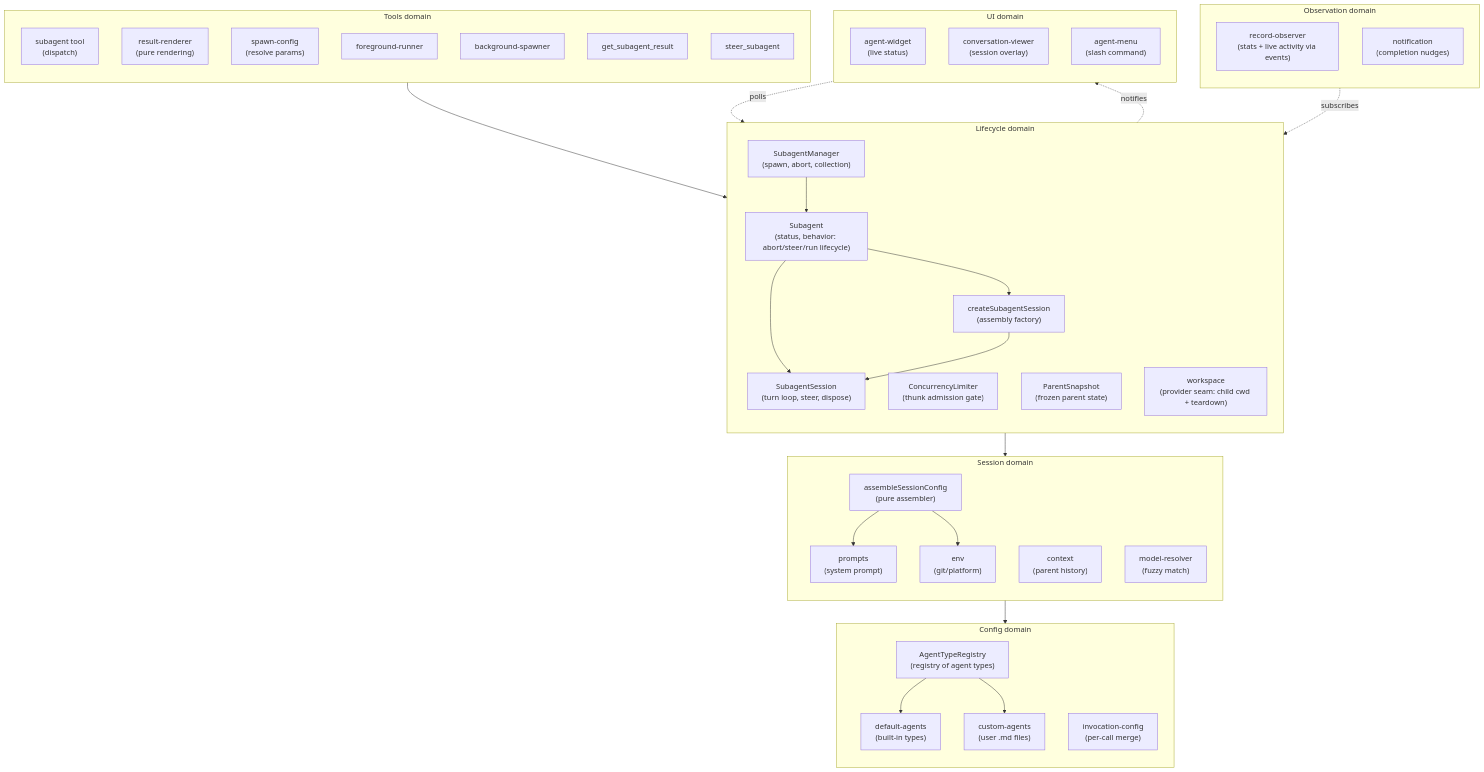
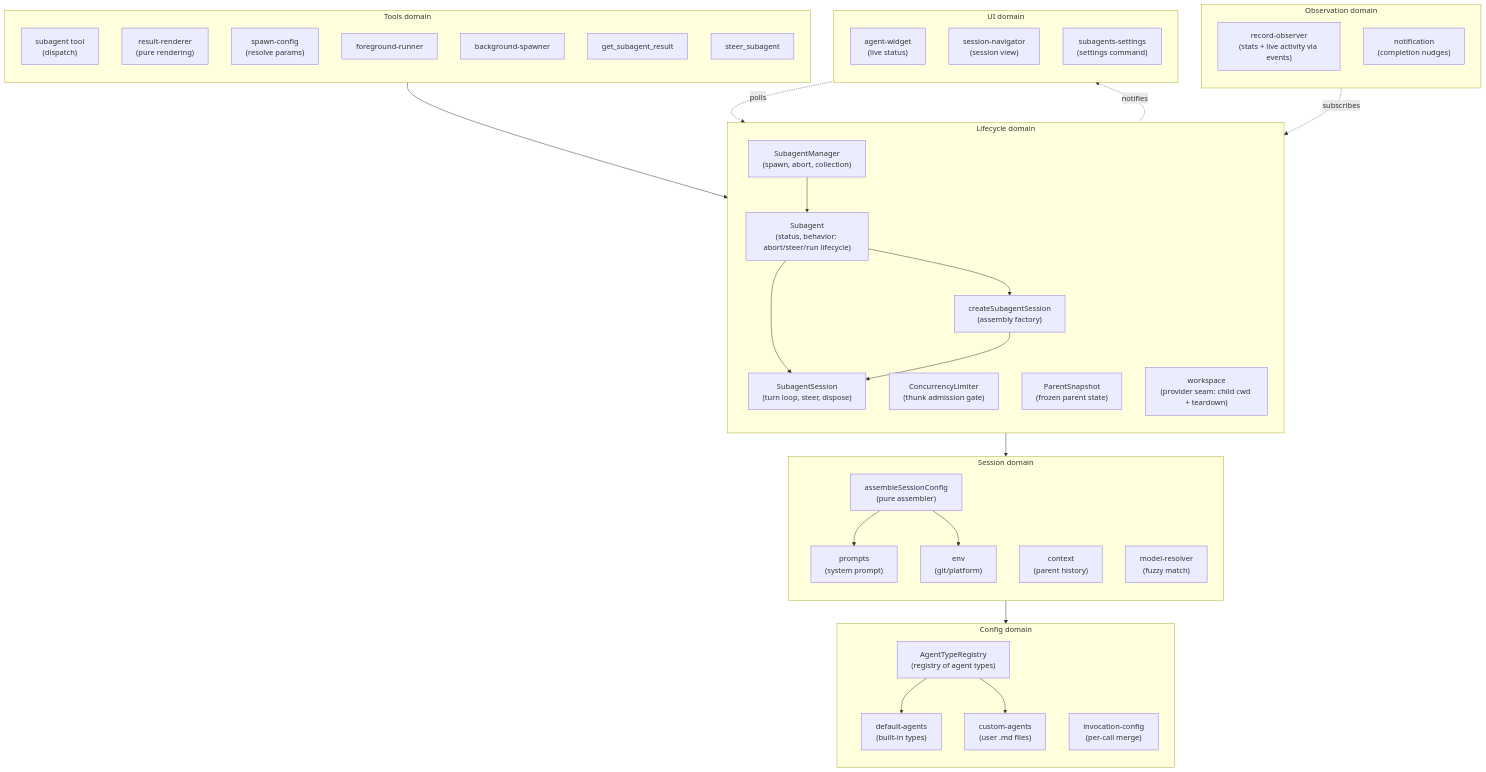
The first of 6 diagrams in packages/pi-subagents/docs/architecture/architecture.md (whaoa/forked-gotgenes-pi-packages), drawn with Mermaid before and after one commit. The commit also changed other lines of this file, not shown here.

Commit message:
docs(pi-subagents): fix stale architecture.md references to deleted UI modules (#441)
Update three references left over from #442's terminal cut:
- Domain flowchart UI subgraph: replace ConvViewer and Menu nodes
  with Sessions (session-navigator) and Settings (subagents-settings).
- Cross-extension diagram: update ui_int label to list the 3 surviving
  internal UI components instead of the deleted viewer and /agents menu.
- Observation model prose: replace the conversation-viewer subscription
  sentence with the session-navigator's equivalent (agentMessages /
  subscribeToUpdates).

````diff
--- a/packages/pi-subagents/docs/architecture/architecture.md
+++ b/packages/pi-subagents/docs/architecture/architecture.md
@@ -34,66 +34,66 @@
 ```mermaid
 flowchart TB
     subgraph config["Config domain"]
         direction TB
         AgentTypeRegistry["AgentTypeRegistry<br/>(registry of agent types)"]
         DefaultAgents["default-agents<br/>(built-in types)"]
         CustomAgents["custom-agents<br/>(user .md files)"]
         InvocationConfig["invocation-config<br/>(per-call merge)"]
     end
 
     subgraph session["Session domain"]
         direction TB
         SessionConfig["assembleSessionConfig<br/>(pure assembler)"]
         Prompts["prompts<br/>(system prompt)"]
         Context["context<br/>(parent history)"]
         Env["env<br/>(git/platform)"]
         ModelResolver["model-resolver<br/>(fuzzy match)"]
     end
 
     subgraph lifecycle["Lifecycle domain"]
         direction TB
         SubagentManager["SubagentManager<br/>(spawn, abort, collection)"]
         ConcurrencyLimiter["ConcurrencyLimiter<br/>(thunk admission gate)"]
         CreateSubagentSession["createSubagentSession<br/>(assembly factory)"]
         SubagentSession["SubagentSession<br/>(turn loop, steer, dispose)"]
         Subagent["Subagent<br/>(status, behavior: abort/steer/run lifecycle)"]
         ParentSnapshot["ParentSnapshot<br/>(frozen parent state)"]
         Workspace["workspace<br/>(provider seam: child cwd + teardown)"]
     end
 
     subgraph observation["Observation domain"]
         direction TB
         RecordObserver["record-observer<br/>(stats + live activity via events)"]
         Notification["notification<br/>(completion nudges)"]
     end
 
     subgraph tools["Tools domain"]
         direction TB
         AgentTool["subagent tool<br/>(dispatch)"]
         ResultRenderer["result-renderer<br/>(pure rendering)"]
         SpawnConfig["spawn-config<br/>(resolve params)"]
         FgRunner["foreground-runner"]
         BgSpawner["background-spawner"]
         GetResult["get_subagent_result"]
         Steer["steer_subagent"]
     end
 
     subgraph ui["UI domain"]
         direction TB
         Widget["agent-widget<br/>(live status)"]
-        ConvViewer["conversation-viewer<br/>(session overlay)"]
-        Menu["agent-menu<br/>(slash command)"]
+        Sessions["session-navigator<br/>(session view)"]
+        Settings["subagents-settings<br/>(settings command)"]
     end
 
     AgentTool --> SubagentManager
     SubagentManager --> Subagent
     Subagent --> CreateSubagentSession & SubagentSession
     CreateSubagentSession --> SubagentSession
     CreateSubagentSession --> SessionConfig
     SessionConfig --> AgentTypeRegistry
     SessionConfig --> Prompts & Env
     AgentTypeRegistry --> DefaultAgents & CustomAgents
     RecordObserver -.->|subscribes| SubagentSession
     Widget -.->|polls| SubagentManager
     SubagentManager -.->|notifies| Widget
 ```
````
